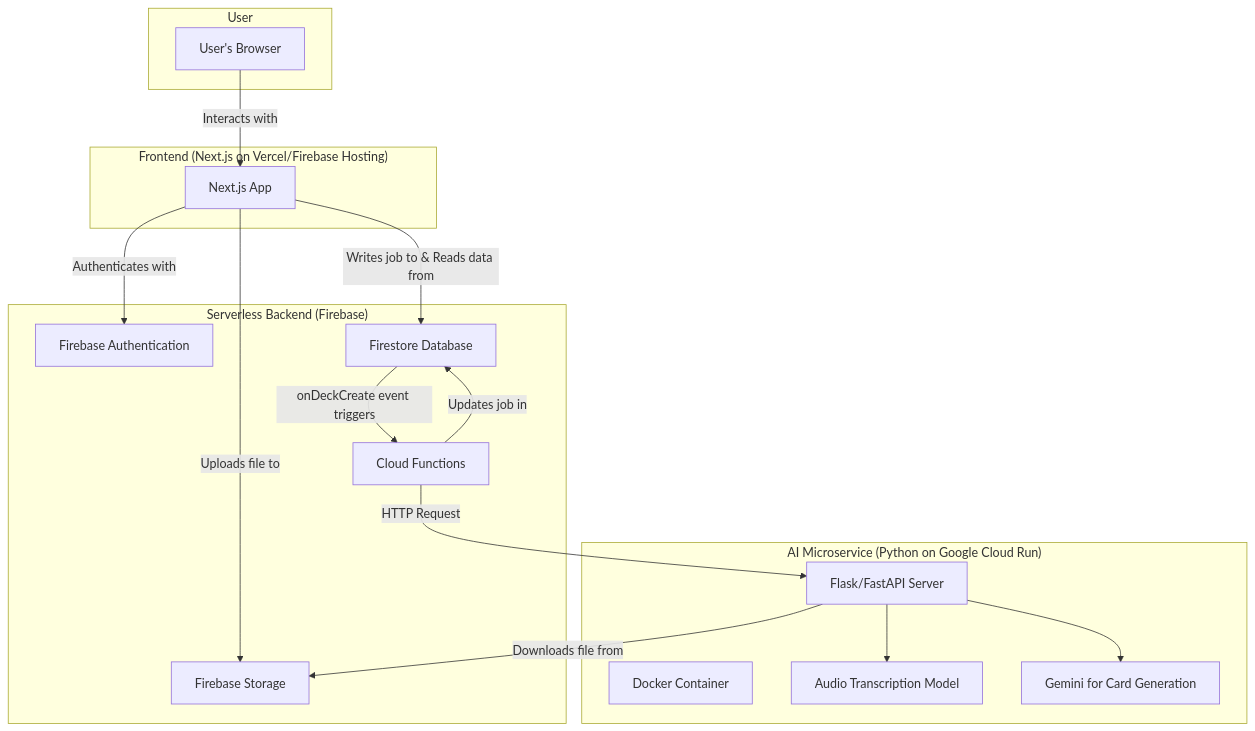
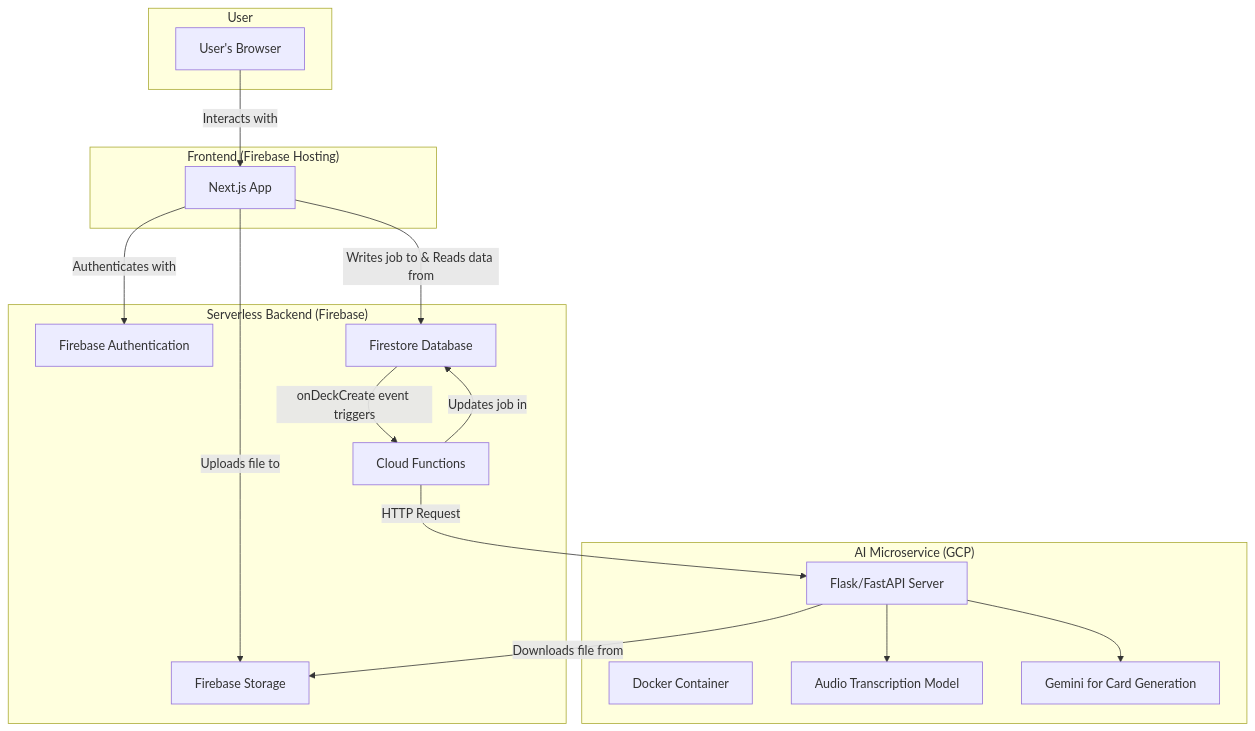
The diagram in README.md (rzhong89/recall-ai), drawn with Mermaid before and after one commit.

````diff
--- a/README.md
+++ b/README.md
@@ -42,35 +42,35 @@
 ```mermaid
 graph TD
     subgraph User
         A[User's Browser]
     end
 
-    subgraph "Frontend (Next.js on Vercel/Firebase Hosting)"
+    subgraph "Frontend (Firebase Hosting)"
         B[Next.js App]
     end
 
     subgraph "Serverless Backend (Firebase)"
         C[Firebase Authentication]
         D[Firebase Storage]
         E[Firestore Database]
         F[Cloud Functions]
     end
 
-    subgraph "AI Microservice (Python on Google Cloud Run)"
+    subgraph "AI Microservice (GCP)"
         G[Docker Container]
         H[Flask/FastAPI Server]
         I[Audio Transcription Model]
         J[Gemini for Card Generation]
     end
 
     A -- Interacts with --> B
     B -- Authenticates with --> C
     B -- Uploads file to --> D
     B -- Writes job to & Reads data from --> E
     E -- onDeckCreate event triggers --> F
     F -- HTTP Request --> H
     H --> I
     H --> J
     H -- Downloads file from --> D
     F -- Updates job in --> E
 ```
````
